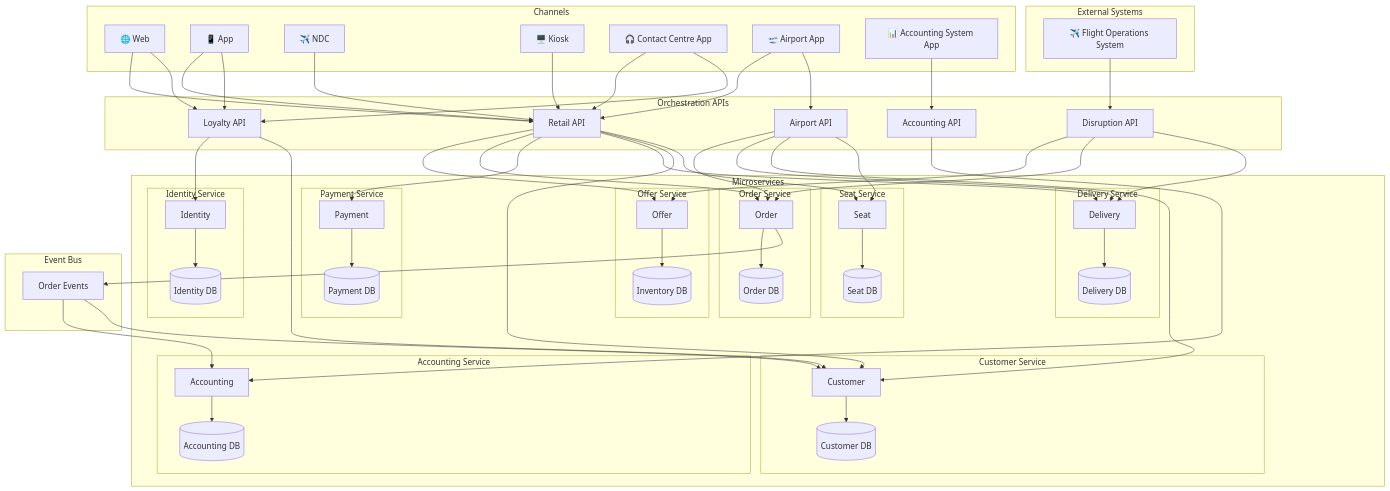
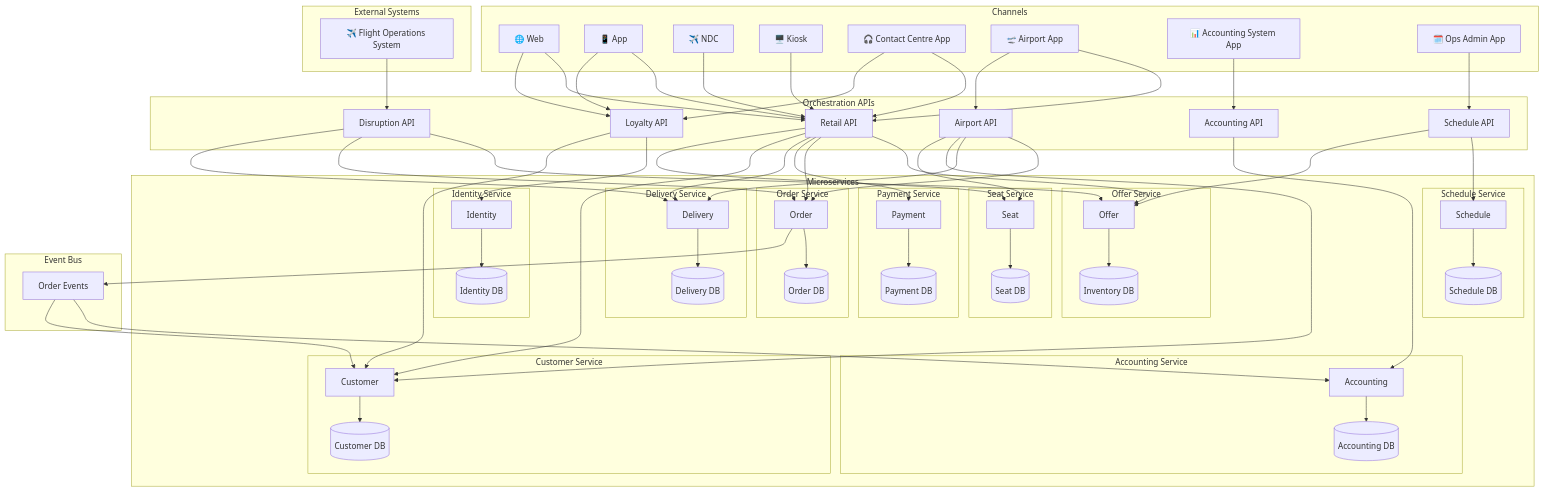
The first of 27 diagrams in architecture/design.md (sebharvey/airline-reservation-system), drawn with Mermaid before and after one commit. The commit also changed other lines of this file and 1 other file, not shown here.

First line of the commit message:
Add flight schedule capability to reservation system

```diff
--- a/architecture/design.md
+++ b/architecture/design.md
@@ -30,6 +31,7 @@
         CC[🎧 Contact Centre App]
         AIRPORT[🛫 Airport App]
         ACCT_CH[📊 Accounting System App]
+        OPS_APP[🗓️ Ops Admin App]
     end
 
     subgraph Orchestration["Orchestration APIs"]
@@ -38,6 +40,7 @@
         AIRPORT_API[Airport API]
         ACCOUNTING_API[Accounting API]
         DISRUPTION_API[Disruption API]
+        SCHEDULE_API[Schedule API]
     end
 
     subgraph Microservices
@@ -80,6 +83,11 @@
             SEAT[Seat]
             SEAT_DB[(Seat DB)]
         end
+
+        subgraph SCHEDULE_SVC["Schedule Service"]
+            SCHEDULE[Schedule]
+            SCHEDULE_DB[(Schedule DB)]
+        end
     end
 
     subgraph Events["Event Bus"]
@@ -94,6 +102,7 @@
     WEB & APP & CC --> LOYALTY_API
     AIRPORT --> AIRPORT_API
     ACCT_CH --> ACCOUNTING_API
+    OPS_APP --> SCHEDULE_API
 
     %% Orchestration → Microservices
     RETAIL_API --> OFFER & ORDER & PAYMENT & DELIVERY & CUSTOMER & SEAT
@@ -101,6 +110,7 @@
     AIRPORT_API --> ORDER & DELIVERY & CUSTOMER & SEAT
     ACCOUNTING_API --> ACCOUNTING
     DISRUPTION_API --> OFFER & ORDER & DELIVERY
+    SCHEDULE_API --> SCHEDULE & OFFER
 
     %% Microservice → DB
     IDENTITY --> IDENTITY_DB
@@ -111,6 +121,7 @@
     CUSTOMER --> CUSTOMER_DB
     ACCOUNTING --> ACCOUNTING_DB
     SEAT --> SEAT_DB
+    SCHEDULE --> SCHEDULE_DB
 
     %% Eventing to Accounting and Customer
     ORDER --> EVT
```
